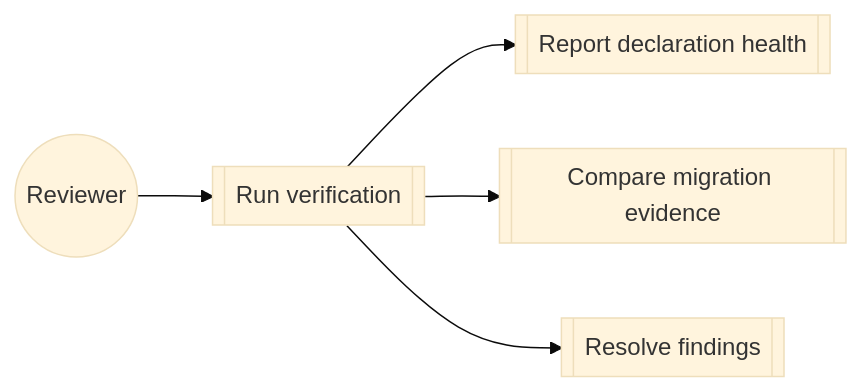
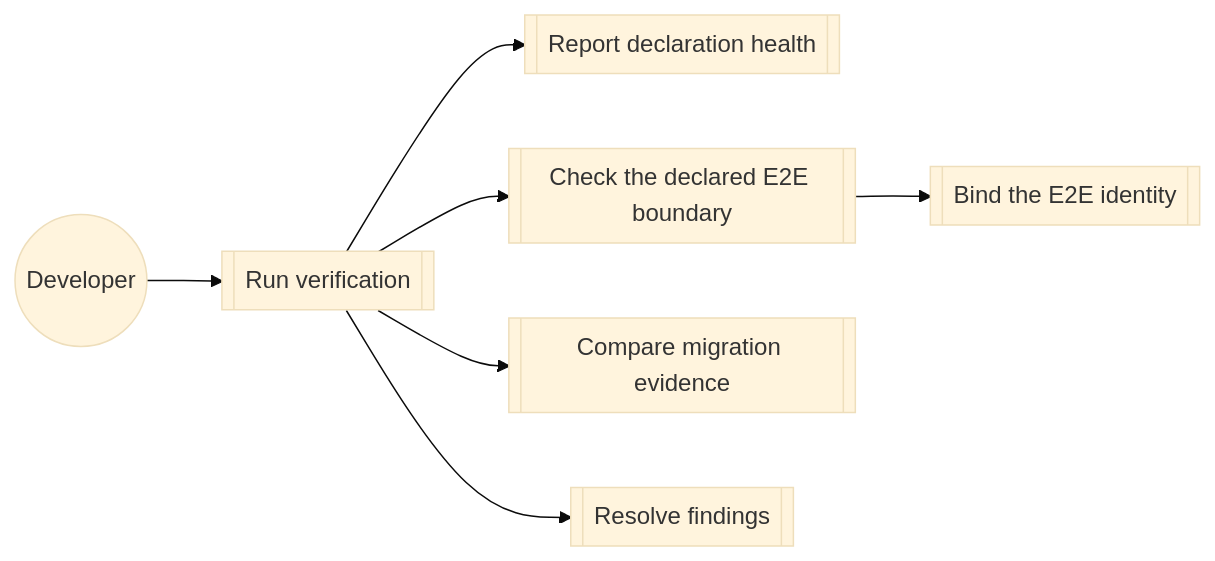
One commit to buster/givn changed the diagram in givn/specs/verify-change/usecase.md. Above: the diagram before and after it, drawn with Mermaid (base theme). The commit also changed other lines of this file and 17 other files, not shown here.

````diff
--- a/givn/specs/verify-change/usecase.md
+++ b/givn/specs/verify-change/usecase.md
@@ -149,7 +208,9 @@
 ```mermaid
 flowchart LR
-  Reviewer((Reviewer)) --> Check[[Run verification]]
+  Developer((Developer)) --> Check[[Run verification]]
   Check --> Health[[Report declaration health]]
+  Check --> Boundary[[Check the declared E2E boundary]]
   Check --> Migration[[Compare migration evidence]]
   Check --> Findings[[Resolve findings]]
+  Boundary --> Receipt[[Bind the E2E identity]]
 ```
````
